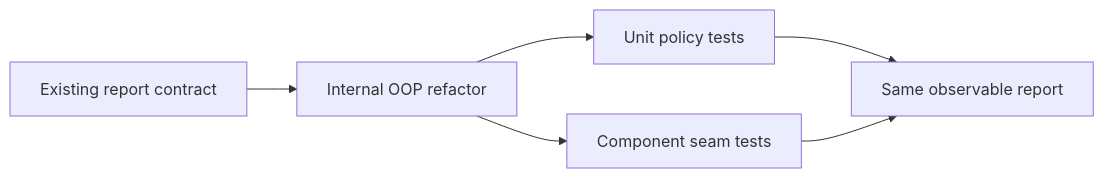
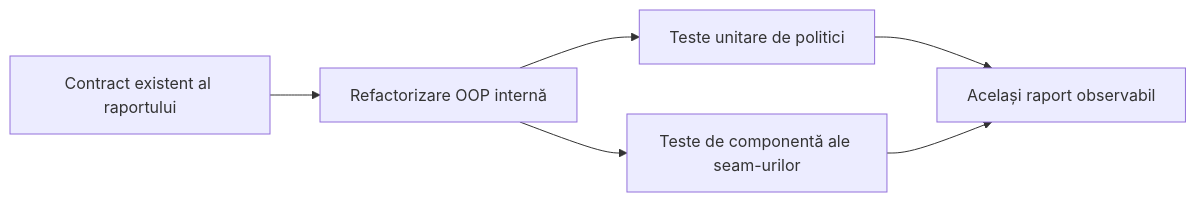
Before and after one commit to crististefanita/CS1: the first of 8 diagrams in docs/README_Atf_BestPractices.md, drawn with Mermaid. The commit also changed other lines of this file and 109 other files, not shown here.

````diff
--- a/docs/README_Atf_BestPractices.md
+++ b/docs/README_Atf_BestPractices.md
@@ -19,8 +19,8 @@
 ```mermaid
 flowchart LR
-    Existing[Existing report contract] --> Refactor[Internal OOP refactor]
-    Refactor --> Unit[Unit policy tests]
-    Refactor --> Component[Component seam tests]
-    Unit --> Same[Same observable report]
+    Existing[Contract existent al raportului] --> Refactor[Refactorizare OOP internă]
+    Refactor --> Unit[Teste unitare de politici]
+    Refactor --> Component[Teste de componentă ale seam-urilor]
+    Unit --> Same[Același raport observabil]
     Component --> Same
 ```
````
